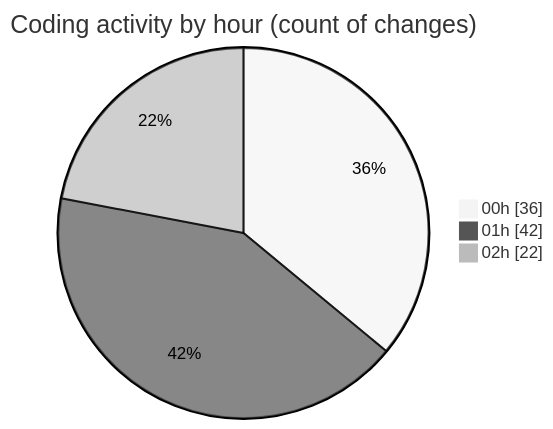
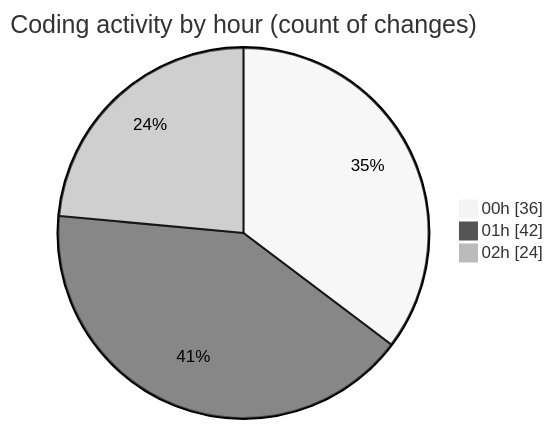
The second of 2 diagrams in 2025-05-04/houserentalservice/README.md (Ritupan-Deka/code-tracking), drawn with Mermaid (neutral theme) before and after one commit. The commit also changed other lines of this file and 1 other file, not shown here.

````diff
--- a/2025-05-04/houserentalservice/README.md
+++ b/2025-05-04/houserentalservice/README.md
@@ -71,7 +72,7 @@
 ```mermaid
 pie showData
 title Coding activity by hour (count of changes)
 "00h" : 36
 "01h" : 42
-"02h" : 22
+"02h" : 24
 ```
````
